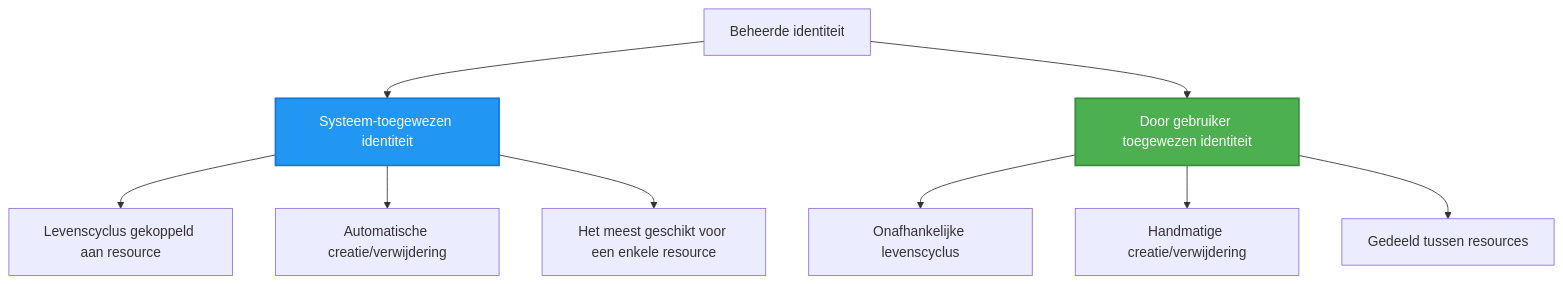
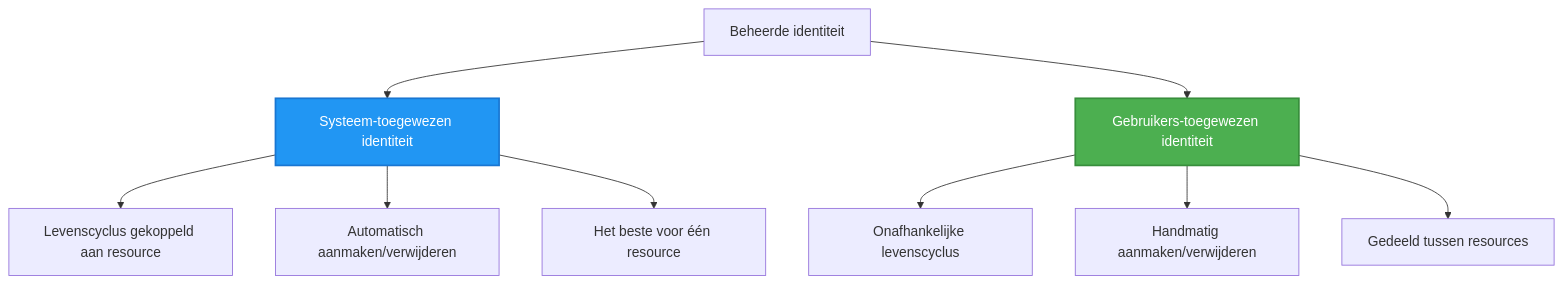
One commit to microsoft/AZD-for-beginners changed the second of 2 diagrams in translations/nl/docs/chapter-03-configuration/authsecurity.md. Above: the diagram before and after it, drawn with Mermaid. The commit also changed other lines of this file and 101 other files, not shown here.

````diff
--- a/translations/nl/docs/chapter-03-configuration/authsecurity.md
+++ b/translations/nl/docs/chapter-03-configuration/authsecurity.md
@@ -97,20 +97,20 @@
 ```mermaid
 graph TB
     MI[Beheerde identiteit]
     SystemAssigned[Systeem-toegewezen identiteit]
-    UserAssigned[Door gebruiker toegewezen identiteit]
+    UserAssigned[Gebruikers-toegewezen identiteit]
     
     MI --> SystemAssigned
     MI --> UserAssigned
     
     SystemAssigned --> SA1[Levenscyclus gekoppeld aan resource]
-    SystemAssigned --> SA2[Automatische creatie/verwijdering]
-    SystemAssigned --> SA3[Het meest geschikt voor een enkele resource]
+    SystemAssigned --> SA2[Automatisch aanmaken/verwijderen]
+    SystemAssigned --> SA3[Het beste voor één resource]
     
     UserAssigned --> UA1[Onafhankelijke levenscyclus]
-    UserAssigned --> UA2[Handmatige creatie/verwijdering]
+    UserAssigned --> UA2[Handmatig aanmaken/verwijderen]
     UserAssigned --> UA3[Gedeeld tussen resources]
     
     style SystemAssigned fill:#2196F3,stroke:#1976D2,stroke-width:2px,color:#fff
     style UserAssigned fill:#4CAF50,stroke:#388E3C,stroke-width:2px,color:#fff
 ```
````
